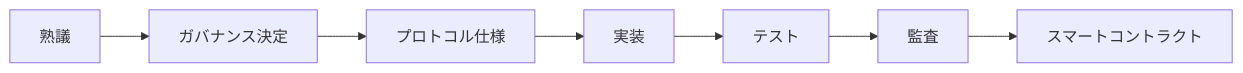
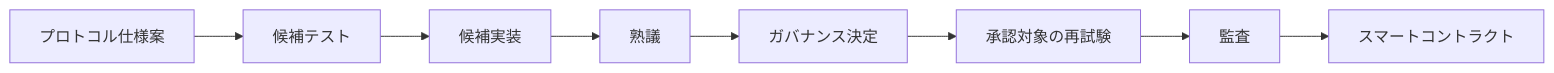
The eighth of 25 diagrams in docs/whitepaper/07-governance.md (ShigeichiroYamasaki/creator-first-platform), drawn with Mermaid before and after one commit. The commit also changed other lines of this file and 23 other files, not shown here.

````diff
--- a/docs/whitepaper/07-governance.md
+++ b/docs/whitepaper/07-governance.md
@@ -451,12 +453,13 @@
 ```mermaid
 flowchart LR
+    SPEC[プロトコル仕様案]
+    TEST[候補テスト]
+    IMPLEMENT[候補実装]
     DELIB[熟議]
     DECISION[ガバナンス決定]
-    SPEC[プロトコル仕様]
-    IMPLEMENT[実装]
-    TEST[テスト]
+    VERIFY[承認対象の再試験]
     AUDIT[監査]
     CODE[スマートコントラクト]
 
-    DELIB --> DECISION --> SPEC --> IMPLEMENT --> TEST --> AUDIT --> CODE
+    SPEC --> TEST --> IMPLEMENT --> DELIB --> DECISION --> VERIFY --> AUDIT --> CODE
 ```
````
